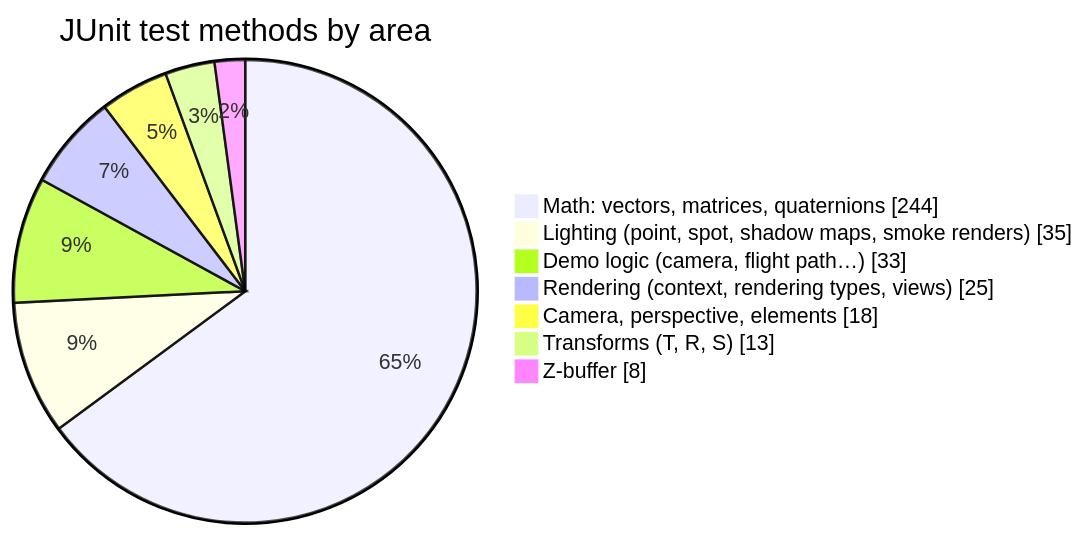
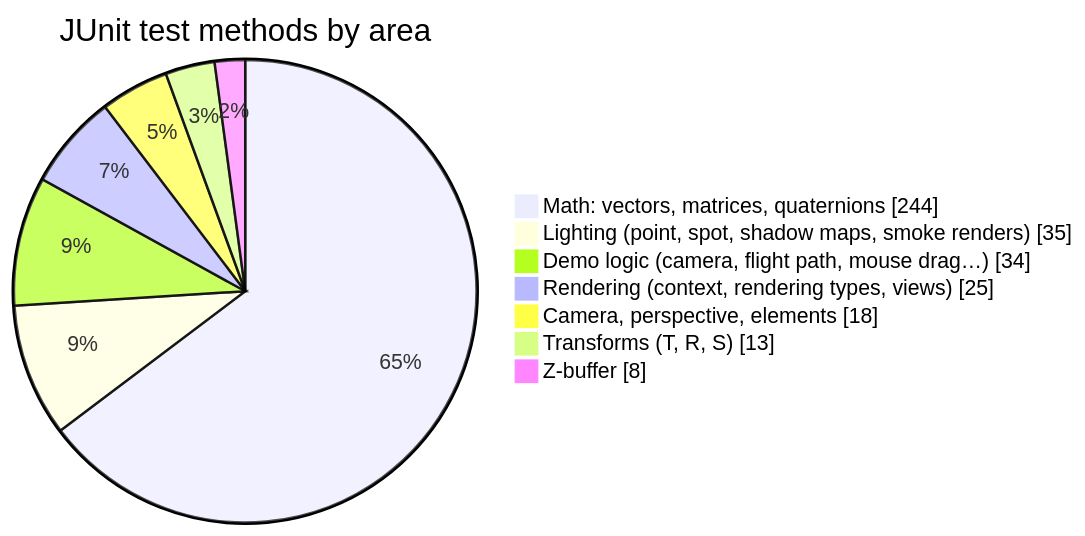
Diagram 17 of 20 in docs/DESIGN.md (obarry/Aventura), drawn with Mermaid before and after one commit. The commit also changed 2 other files, not shown here.

Commit message:
FractalLandscape: fix the mouse drag rotation
The rotation added the offset since the mouse press at each drag
event, so it depended on the number of events. Swing sends fewer
of them while a slow frame renders (zoomed in), so the rotation
seemed to get lost, and it did not come back when the mouse did.
It now adds the displacement since the previous event. The drag
sensitivity is set by DRAG_ANGLE_PER_WIDTH / DRAG_ANGLE_PER_HEIGHT.

````diff
--- a/docs/DESIGN.md
+++ b/docs/DESIGN.md
@@ -642,11 +642,11 @@
 ```mermaid
 pie showData
     title JUnit test methods by area
     "Math: vectors, matrices, quaternions" : 244
     "Lighting (point, spot, shadow maps, smoke renders)" : 35
-    "Demo logic (camera, flight path…)" : 33
+    "Demo logic (camera, flight path, mouse drag…)" : 34
     "Rendering (context, rendering types, views)" : 25
     "Camera, perspective, elements" : 18
     "Transforms (T, R, S)" : 13
     "Z-buffer" : 8
 ```
````
